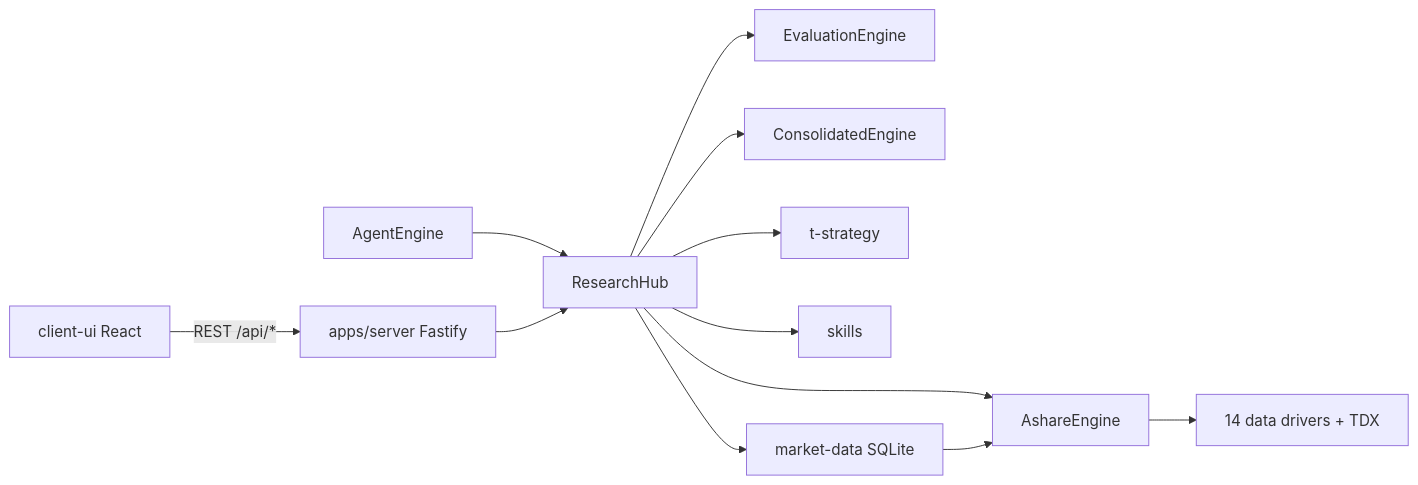
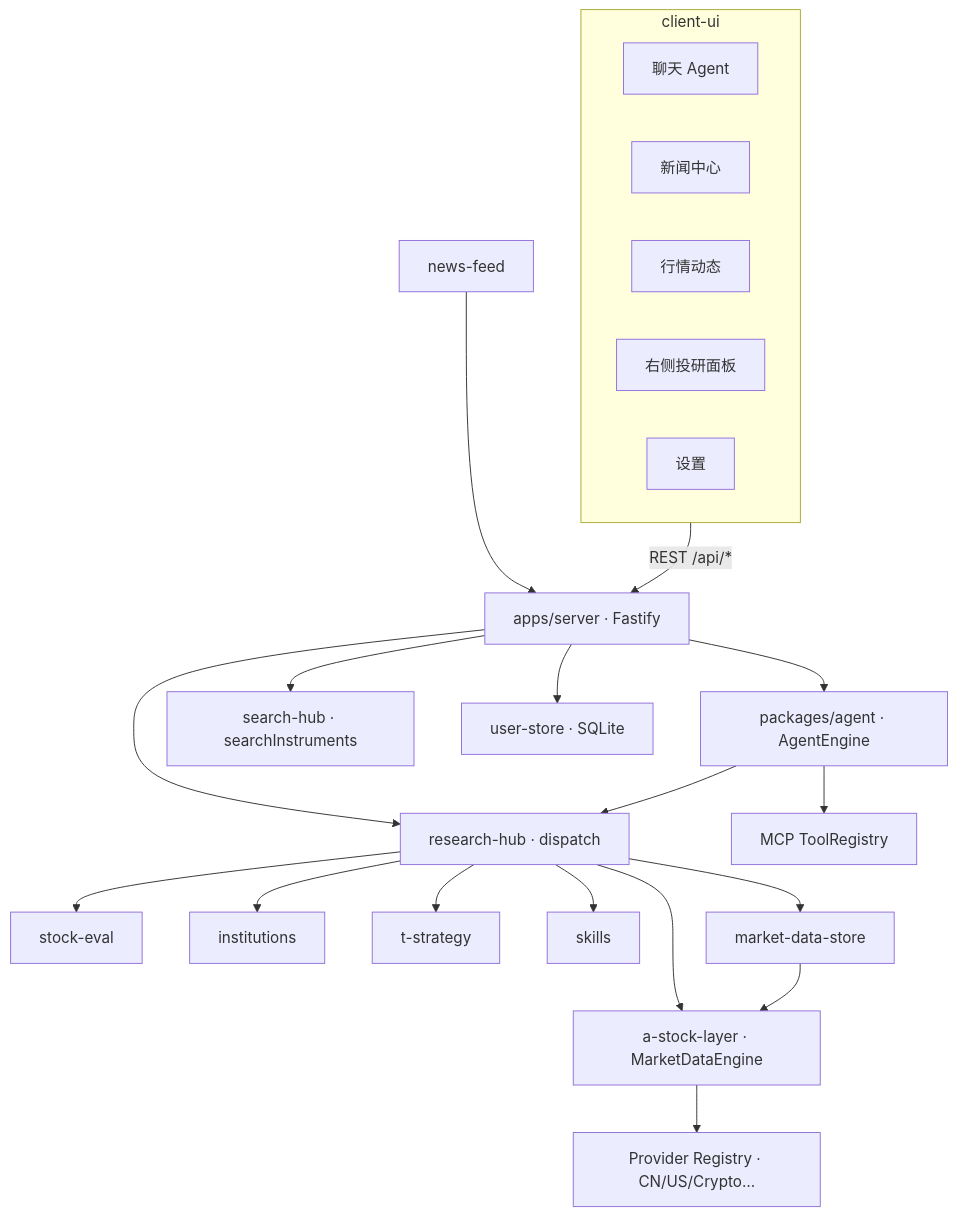
The diagram in docs/ARCHITECTURE.md (Travisun/Opptrix), drawn with Mermaid before and after one commit. The commit also changed other lines of this file and 6 other files, not shown here.

First line of the commit message:
docs: refresh README and architecture guides for current stack

````diff
--- a/docs/ARCHITECTURE.md
+++ b/docs/ARCHITECTURE.md
@@ -12,14 +15,31 @@
 ```mermaid
-flowchart LR
-  UI[client-ui React] -->|REST /api/*| Server[apps/server Fastify]
-  Agent[AgentEngine] --> Hub[ResearchHub]
-  Server --> Hub
-  Hub --> DE[AshareEngine]
-  Hub --> EE[EvaluationEngine]
-  Hub --> Inst[ConsolidatedEngine]
-  Hub --> Strat[t-strategy]
-  Hub --> Skills[skills]
-  Hub --> MD[market-data SQLite]
-  DE --> Drivers[14 data drivers + TDX]
-  MD --> DE
+flowchart TB
+  subgraph UI["client-ui"]
+    Chat[聊天 Agent]
+    News[新闻中心]
+    Market[行情动态]
+    Panel[右侧投研面板]
+    Settings[设置]
+  end
+
+  UI -->|REST /api/*| Server["apps/server · Fastify"]
+
+  Server --> Agent["packages/agent · AgentEngine"]
+  Server --> Hub["research-hub · dispatch"]
+  Server --> Search["search-hub · searchInstruments"]
+  Server --> Store["user-store · SQLite"]
+
+  Agent --> Hub
+  Agent --> Tools[MCP ToolRegistry]
+
+  Hub --> Engine["a-stock-layer · MarketDataEngine"]
+  Hub --> Eval["stock-eval"]
+  Hub --> Inst["institutions"]
+  Hub --> Strat["t-strategy"]
+  Hub --> Skills["skills"]
+  Hub --> MDStore["market-data-store"]
+
+  Engine --> Providers["Provider Registry · CN/US/Crypto…"]
+  MDStore --> Engine
+  NewsPkg["news-feed"] --> Server
 ```
````
